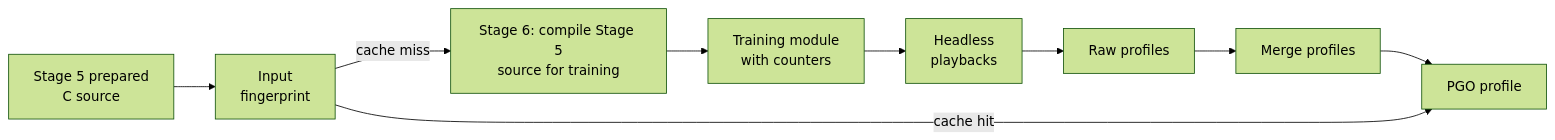
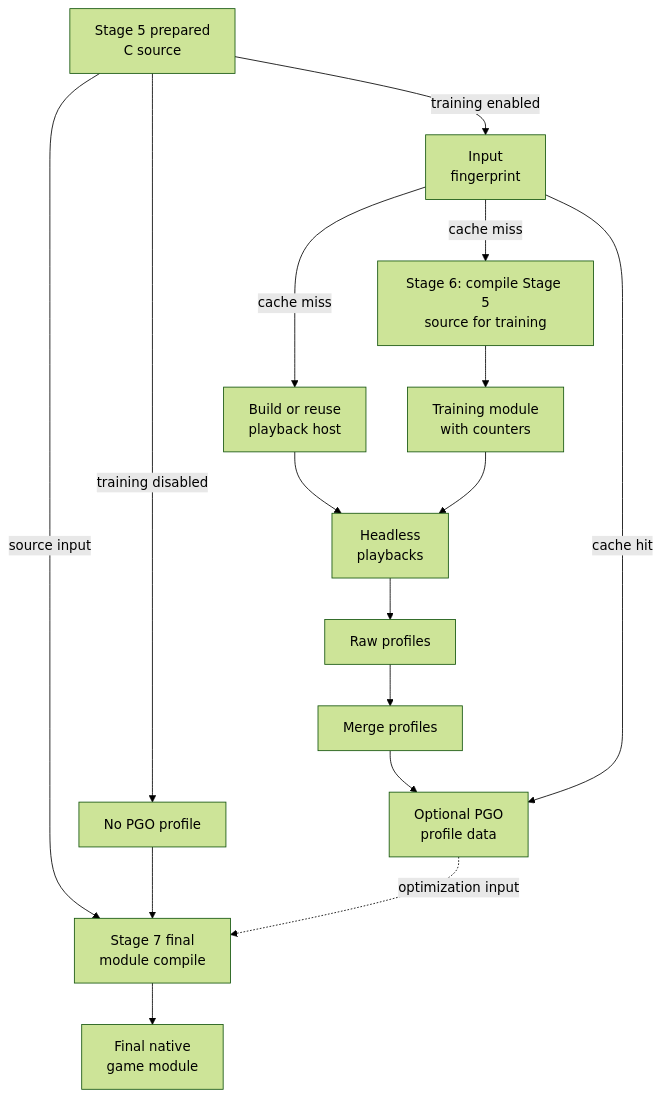
The ninth of 10 diagrams in docs/architecture/Build.md (Aelbannan/boat_of_daphnes), drawn with Mermaid (forest theme) before and after one commit. The commit also changed other lines of this file, not shown here.

Commit message:
docs: clarify packaging and PGO build flow

````diff
--- a/docs/architecture/Build.md
+++ b/docs/architecture/Build.md
@@ -473,15 +483,25 @@
 ```mermaid
-flowchart LR
+flowchart TD
     Prepared["Stage 5 prepared<br/>C source"]
     Fingerprint["Input<br/>fingerprint"]
+    Host["Build or reuse<br/>playback host"]
     Compile["Stage 6: compile Stage 5<br/>source for training"]
     Instrumented["Training module<br/>with counters"]
     Playback["Headless<br/>playbacks"]
     Raw["Raw profiles"]
     Merge["Merge profiles"]
-    Profile["PGO profile"]
+    Profile["Optional PGO<br/>profile data"]
+    Disabled["No PGO profile"]
+    Final["Stage 7 final<br/>module compile"]
+    Module["Final native<br/>game module"]
 
-    Prepared --> Fingerprint
-    Fingerprint -->|cache miss| Compile --> Instrumented --> Playback --> Raw --> Merge --> Profile
+    Prepared -->|training enabled| Fingerprint
+    Fingerprint -->|cache miss| Host --> Playback
+    Fingerprint -->|cache miss| Compile --> Instrumented --> Playback
+    Playback --> Raw --> Merge --> Profile
     Fingerprint -->|cache hit| Profile
+    Prepared -->|source input| Final
+    Prepared -->|training disabled| Disabled --> Final
+    Profile -. "optimization input" .-> Final
+    Final --> Module
 ```
````
